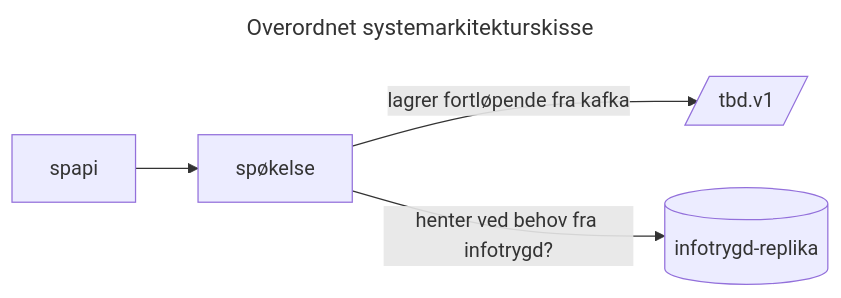
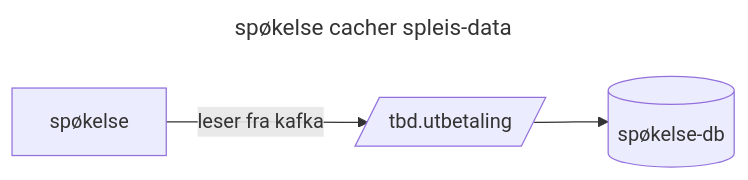
The second of 3 diagrams in README.md (navikt/helse-spapi), drawn with Mermaid before and after one commit. The commit also changed other lines of this file, not shown here.

````diff
--- a/README.md
+++ b/README.md
@@ -2,10 +19,7 @@
 ```mermaid
 ---
-title: Overordnet systemarkitekturskisse
+title: spøkelse cacher spleis-data
 ---
 flowchart LR
-    spapi --> spøkelse
-    spøkelse -->|lagrer fortløpende fra kafka| kafka[/tbd.v1/]
-    spøkelse -->|henter ved behov fra infotrygd?| infotrygd[(infotrygd-replika)]
-
+    spøkelse -->|leser fra kafka| kafka[/tbd.utbetaling/] --> database[(spøkelse-db)]
 ```
````
